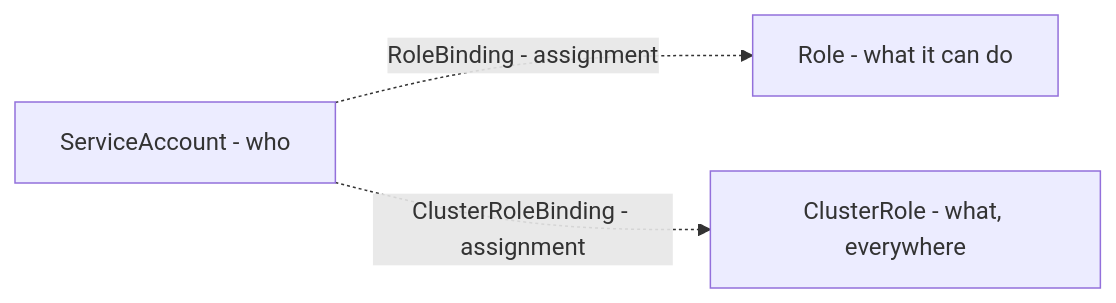
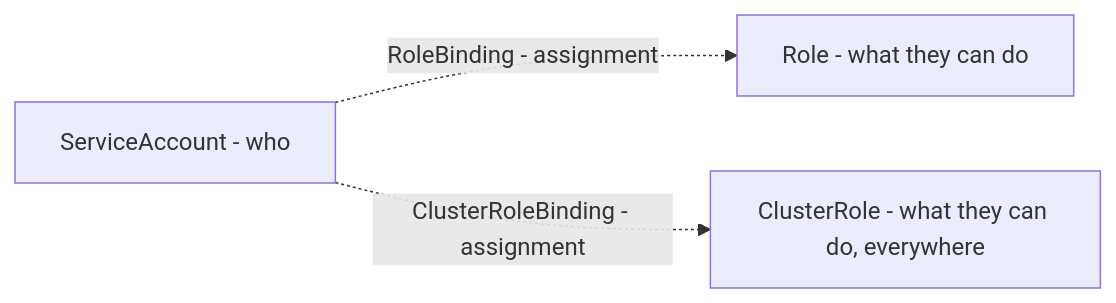
Before and after one commit to alifurkan-altuntas/devops-internship: the fourth of 4 diagrams in 31-Kubernetes-Other-Resources/readme-en.md, drawn with Mermaid. The commit also changed other lines of this file and 5 other files, not shown here.

````diff
--- a/31-Kubernetes-Other-Resources/readme-en.md
+++ b/31-Kubernetes-Other-Resources/readme-en.md
@@ -321,5 +331,5 @@
 ```mermaid
 graph LR
-    SA[ServiceAccount - who] -.->|RoleBinding - assignment| R[Role - what it can do]
-    SA -.->|ClusterRoleBinding - assignment| CR[ClusterRole - what, everywhere]
+    SA[ServiceAccount - who] -.->|RoleBinding - assignment| R[Role - what they can do]
+    SA -.->|ClusterRoleBinding - assignment| CR[ClusterRole - what they can do, everywhere]
 ```
````
